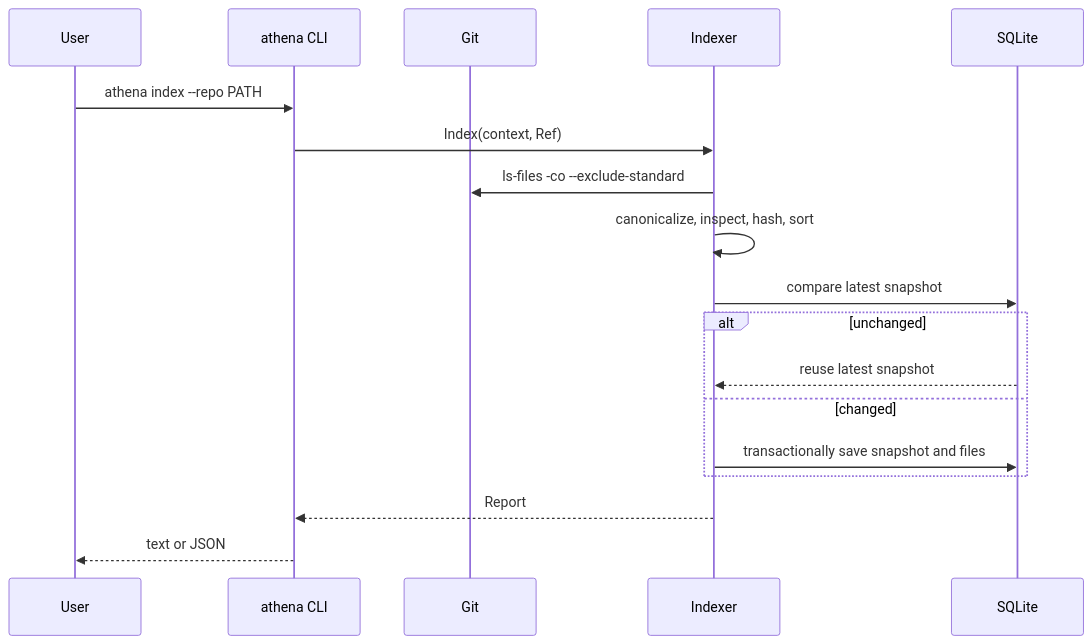
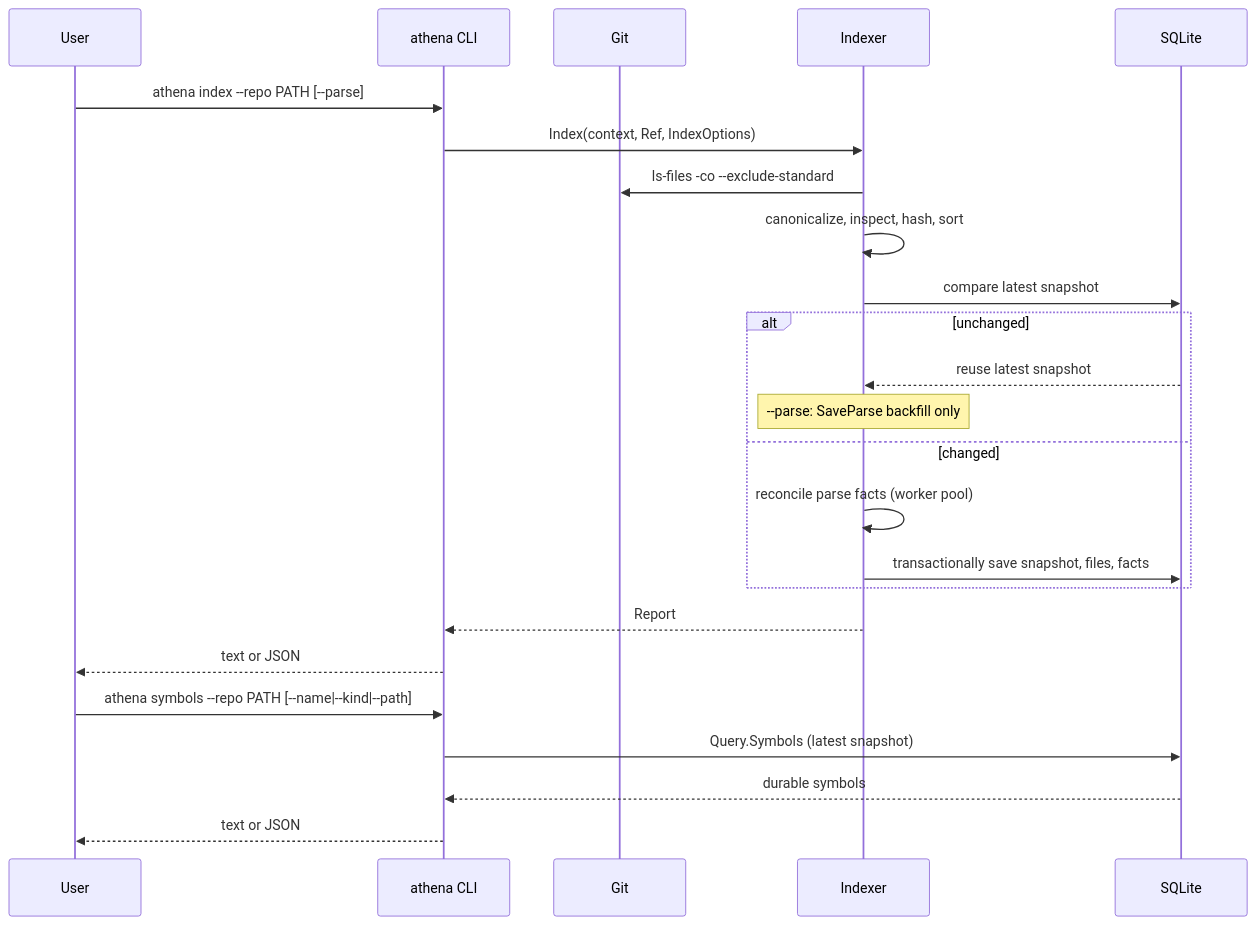
One commit to pushp314/opencode changed the second of 10 diagrams in ATHENA_CONTEXT.md. Above: the diagram before and after it, drawn with Mermaid. The commit also changed other lines of this file and 24 other files, not shown here.

````diff
--- a/ATHENA_CONTEXT.md
+++ b/ATHENA_CONTEXT.md
@@ -114,20 +114,26 @@
 ```mermaid
 sequenceDiagram
   participant U as User
   participant C as athena CLI
   participant G as Git
   participant I as Indexer
   participant S as SQLite
-  U->>C: athena index --repo PATH
-  C->>I: Index(context, Ref)
+  U->>C: athena index --repo PATH [--parse]
+  C->>I: Index(context, Ref, IndexOptions)
   I->>G: ls-files -co --exclude-standard
   I->>I: canonicalize, inspect, hash, sort
   I->>S: compare latest snapshot
   alt unchanged
     S-->>I: reuse latest snapshot
+    Note over I: --parse: SaveParse backfill only
   else changed
-    I->>S: transactionally save snapshot and files
+    I->>I: reconcile parse facts (worker pool)
+    I->>S: transactionally save snapshot, files, facts
   end
   I-->>C: Report
   C-->>U: text or JSON
+  U->>C: athena symbols --repo PATH [--name|--kind|--path]
+  C->>S: Query.Symbols (latest snapshot)
+  S-->>C: durable symbols
+  C-->>U: text or JSON
 ```
````
